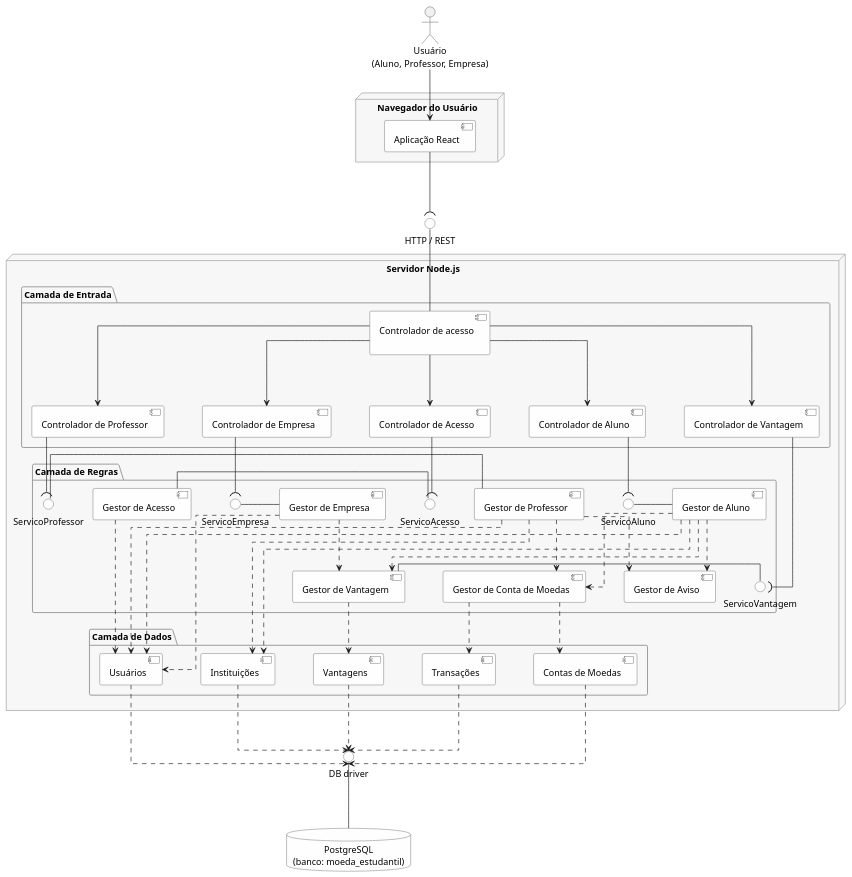
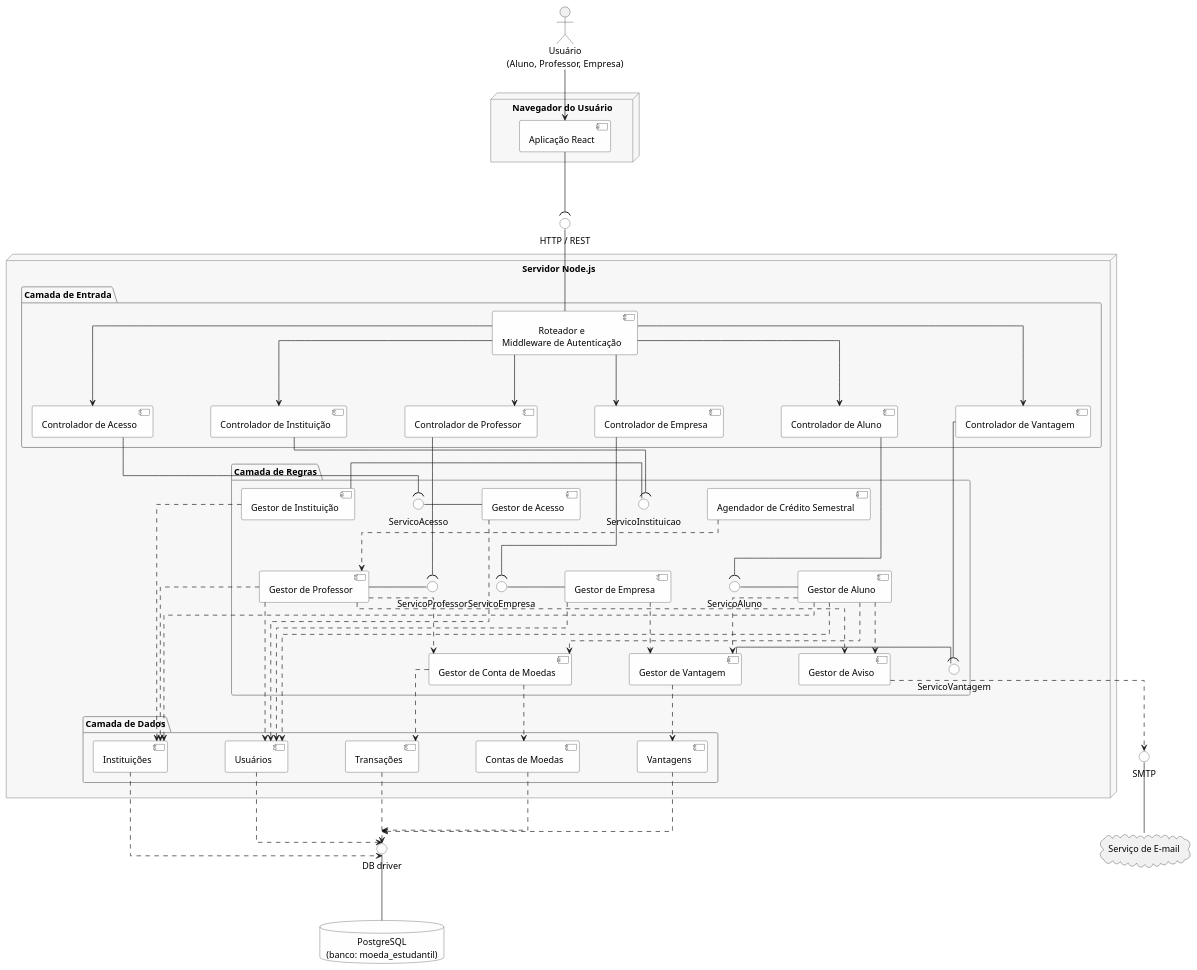
The diagram in docs/diagramas/diagrama-de-componentes.puml (brunokilo/lab03-projetoSoftware), drawn with PlantUML before and after one commit. The commit also changed 1 other file, not shown here.

Commit message:
feat: atualização do diagrama de componentes com novos controladores e interfaces

```diff
--- a/docs/diagramas/diagrama-de-componentes.puml
+++ b/docs/diagramas/diagrama-de-componentes.puml
@@ -1,125 +1,139 @@
 @startuml MoedaEstudantil_Componentes
 
 skinparam shadowing false
 skinparam componentStyle uml2
 skinparam linetype ortho
 skinparam defaultTextAlignment center
-skinparam nodesep 60
+skinparam nodesep 90
 skinparam ranksep 80
 skinparam component {
   BackgroundColor #FEFEFE
   BorderColor #333333
 }
 skinparam interface {
   BackgroundColor #FEFEFE
   BorderColor #333333
 }
 skinparam package {
   BackgroundColor #F7F7F7
   BorderColor #999999
 }
 skinparam database {
   BackgroundColor #FEFEFE
   BorderColor #333333
 }
 
 actor "Usuário\n(Aluno, Professor, Empresa)" as Usuario
 
 node "Navegador do Usuário" as Estacao {
   [Aplicação React] as Spa
 }
 
 node "Servidor Node.js" as Servidor {
 
   package "Camada de Entrada" as Entrada {
-    [Controlador de acesso\n] as Porteiro
+    [Roteador e\nMiddleware de Autenticação] as Porteiro
     [Controlador de Acesso] as CtrlAcesso
     [Controlador de Aluno] as CtrlAluno
     [Controlador de Professor] as CtrlProfessor
     [Controlador de Empresa] as CtrlEmpresa
     [Controlador de Vantagem] as CtrlVantagem
+    [Controlador de Instituição] as CtrlInstituicao
   }
 
   package "Camada de Regras" as Regras {
     interface "ServicoAcesso" as IServicoAcesso
     interface "ServicoAluno" as IServicoAluno
     interface "ServicoProfessor" as IServicoProfessor
     interface "ServicoEmpresa" as IServicoEmpresa
     interface "ServicoVantagem" as IServicoVantagem
+    interface "ServicoInstituicao" as IServicoInstituicao
 
     [Gestor de Acesso] as GestorAcesso
     [Gestor de Aluno] as GestorAluno
     [Gestor de Professor] as GestorProfessor
     [Gestor de Empresa] as GestorEmpresa
     [Gestor de Vantagem] as GestorVantagem
+    [Gestor de Instituição] as GestorInstituicao
     [Gestor de Conta de Moedas] as GestorConta
     [Gestor de Aviso] as GestorAviso
+    [Agendador de Crédito Semestral] as Agendador
   }
 
   package "Camada de Dados" as Dados {
     [Usuários] as PersistUsuario
     [Instituições] as PersistInstituicao
     [Contas de Moedas] as PersistConta
     [Transações] as PersistTransacao
     [Vantagens] as PersistVantagem
   }
 }
 
 database "PostgreSQL\n(banco: moeda_estudantil)" as Bd
+cloud "Serviço de E-mail" as ServicoEmail
 
 interface "HTTP / REST" as IHttp
 interface "DB driver" as ISql
+interface "SMTP" as ISmtp
 
 
 Usuario --> Spa
 Spa --( IHttp
 IHttp -- Porteiro
 
 
 Porteiro --> CtrlAcesso
 Porteiro --> CtrlAluno
 Porteiro --> CtrlProfessor
 Porteiro --> CtrlEmpresa
 Porteiro --> CtrlVantagem
+Porteiro --> CtrlInstituicao
 
 
 IServicoAcesso - GestorAcesso
 IServicoAluno - GestorAluno
 IServicoProfessor - GestorProfessor
 IServicoEmpresa - GestorEmpresa
 IServicoVantagem - GestorVantagem
+IServicoInstituicao - GestorInstituicao
 
 
 CtrlAcesso --( IServicoAcesso
 CtrlAluno --( IServicoAluno
 CtrlProfessor --( IServicoProfessor
 CtrlEmpresa --( IServicoEmpresa
 CtrlVantagem --( IServicoVantagem
+CtrlInstituicao --( IServicoInstituicao
 
 GestorAluno ..> GestorConta
 GestorAluno ..> GestorVantagem
 GestorAluno ..> GestorAviso
 GestorProfessor ..> GestorConta
 GestorProfessor ..> GestorAviso
 GestorEmpresa ..> GestorVantagem
+Agendador ..> GestorProfessor
 
 
 GestorAcesso ..> PersistUsuario
 GestorAluno ..> PersistUsuario
 GestorAluno ..> PersistInstituicao
 GestorProfessor ..> PersistUsuario
 GestorProfessor ..> PersistInstituicao
 GestorEmpresa ..> PersistUsuario
 GestorVantagem ..> PersistVantagem
+GestorInstituicao ..> PersistInstituicao
 GestorConta ..> PersistConta
 GestorConta ..> PersistTransacao
+
+GestorAviso ..> ISmtp
+ISmtp -- ServicoEmail
 
 
 PersistUsuario ..> ISql
 PersistInstituicao ..> ISql
 PersistConta ..> ISql
 PersistTransacao ..> ISql
 PersistVantagem ..> ISql
 ISql -- Bd
 
 @enduml
```
